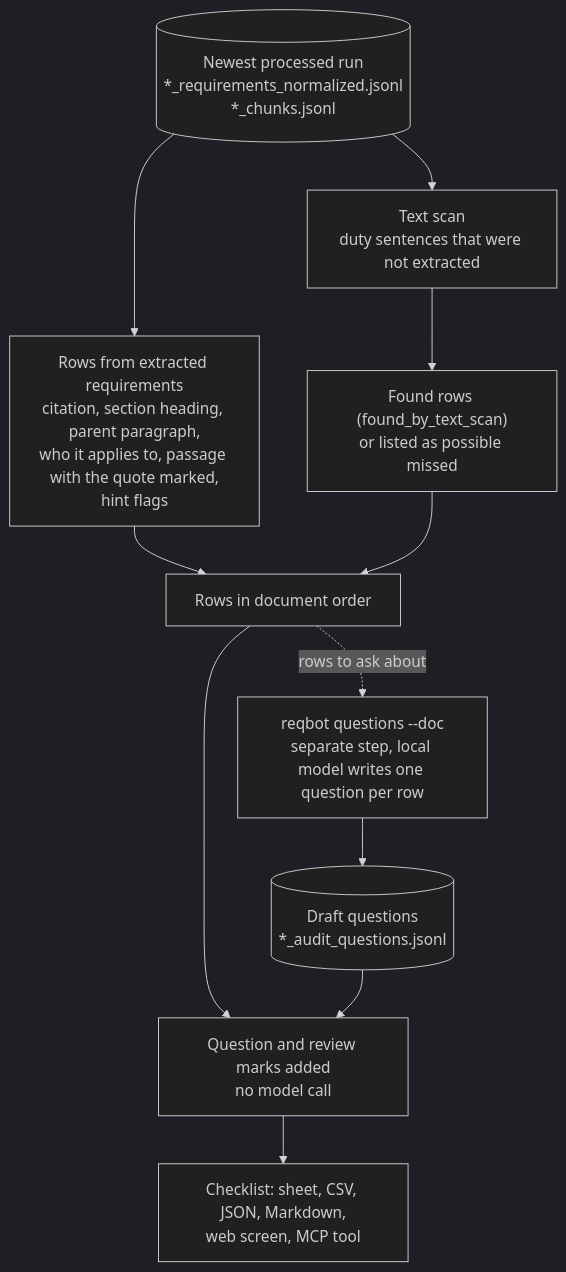
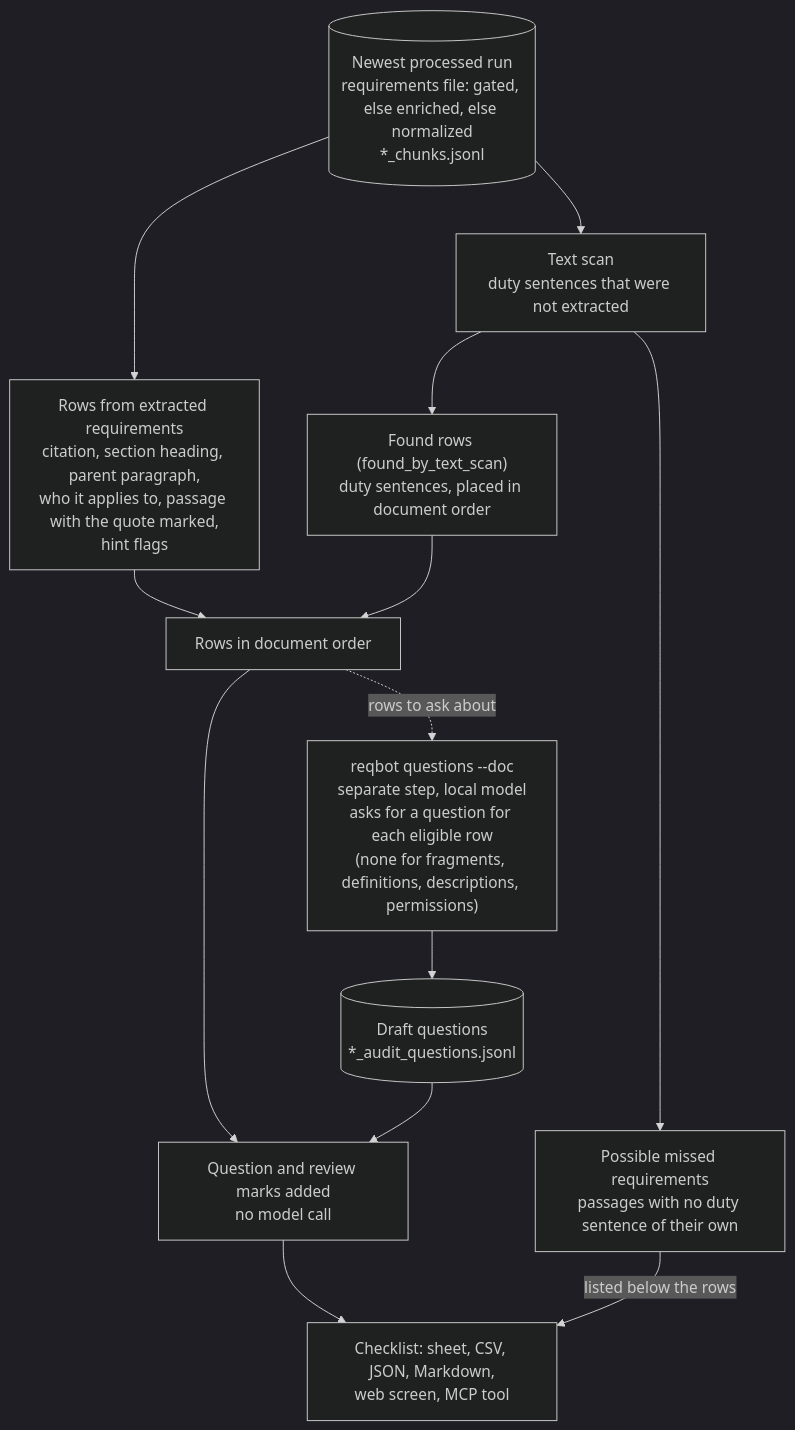
Before and after one commit to TylerGRClark/ReqBot: the second of 2 diagrams in docs/ARCHITECTURE.md, drawn with Mermaid (dark theme).

Commit message:
docs(architecture): name the resolved requirements file, keep possible-missed out of the row merge, say one question per eligible row
Codex review on #312: the checklist reads the newest of the gated, enriched or normalized file (the resolver), not only the normalized one; possible-missed passages are a separate list below the rows, not part of the ordered merge; reqbot questions asks for a question for each eligible row and writes none for fragments, definitions, descriptions or permissions.

````diff
--- a/docs/ARCHITECTURE.md
+++ b/docs/ARCHITECTURE.md
@@ -139,23 +139,26 @@
 ```mermaid
 flowchart TD
-    RUN[("Newest processed run<br/>*_requirements_normalized.jsonl<br/>*_chunks.jsonl")]
+    RUN[("Newest processed run<br/>requirements file: gated, else enriched, else normalized<br/>*_chunks.jsonl")]
     ROWS["Rows from extracted requirements<br/>citation, section heading, parent paragraph,<br/>who it applies to, passage with the quote marked,<br/>hint flags"]
     SCAN["Text scan<br/>duty sentences that were not extracted"]
-    FOUND["Found rows (found_by_text_scan)<br/>or listed as possible missed"]
+    FOUND["Found rows (found_by_text_scan)<br/>duty sentences, placed in document order"]
+    POSS["Possible missed requirements<br/>passages with no duty sentence of their own"]
     MERGE["Rows in document order"]
     SIDE[("Draft questions<br/>*_audit_questions.jsonl")]
     APPLY["Question and review marks added<br/>no model call"]
     OUT["Checklist: sheet, CSV, JSON, Markdown,<br/>web screen, MCP tool"]
-    WRITE["reqbot questions --doc<br/>separate step, local model writes one question per row"]
+    WRITE["reqbot questions --doc<br/>separate step, local model<br/>asks for a question for each eligible row<br/>(none for fragments, definitions, descriptions, permissions)"]
 
     RUN --> ROWS
     RUN --> SCAN
     SCAN --> FOUND
+    SCAN --> POSS
     ROWS --> MERGE
     FOUND --> MERGE
     MERGE --> APPLY
     SIDE --> APPLY
     APPLY --> OUT
+    POSS -->|"listed below the rows"| OUT
     MERGE -.->|"rows to ask about"| WRITE
     WRITE --> SIDE
 ```
````
